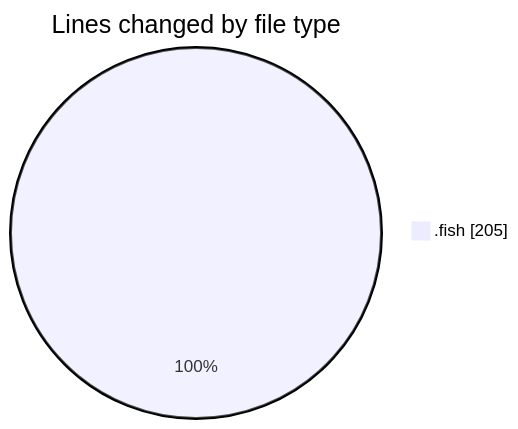
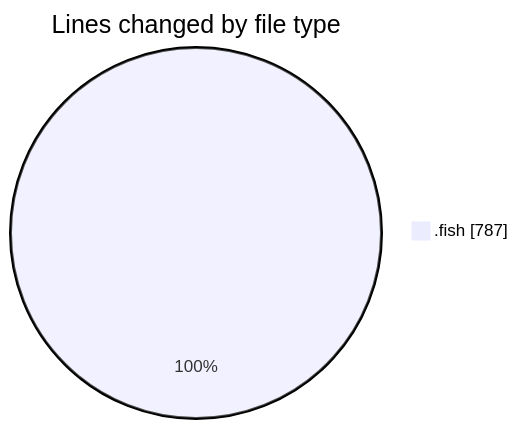
The first of 2 diagrams in 2025-07-10/_config/README.md (EIIisD/code-tracking), drawn with Mermaid before and after one commit. The commit also changed other lines of this file and 1 other file, not shown here.

````diff
--- a/2025-07-10/_config/README.md
+++ b/2025-07-10/_config/README.md
@@ -20,5 +22,5 @@
 ```mermaid
 pie showData
 title Lines changed by file type
-".fish" : 205
+".fish" : 787
 ```
````
